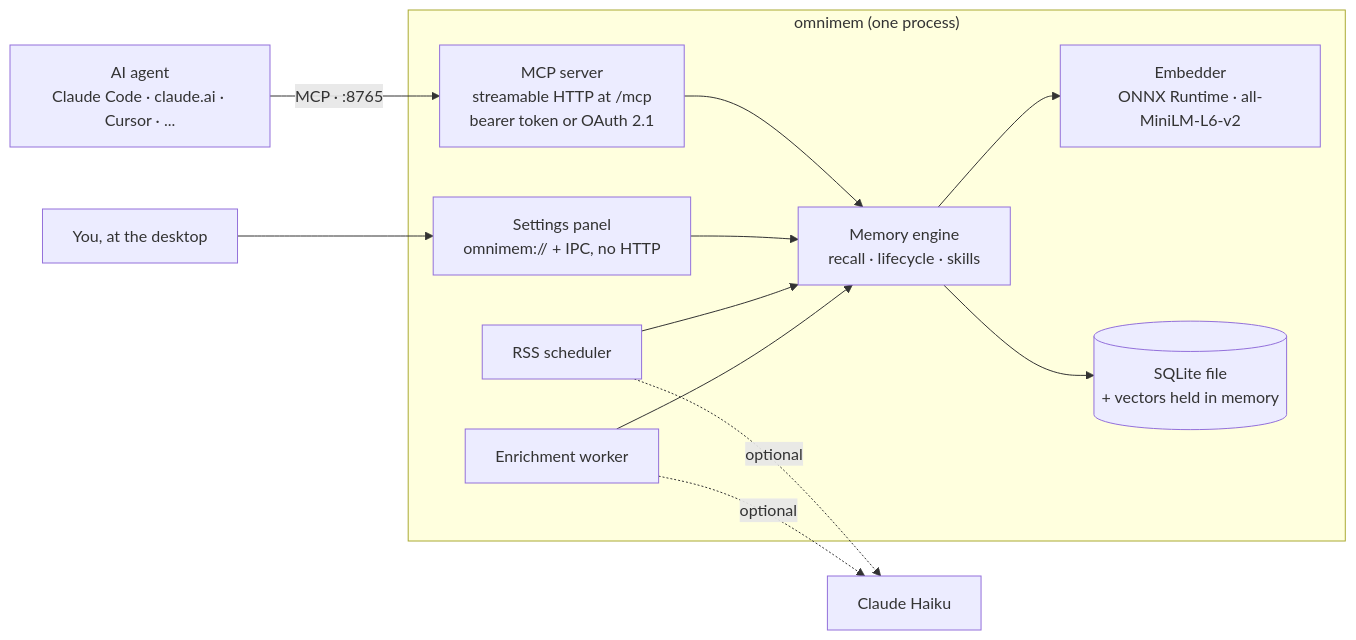
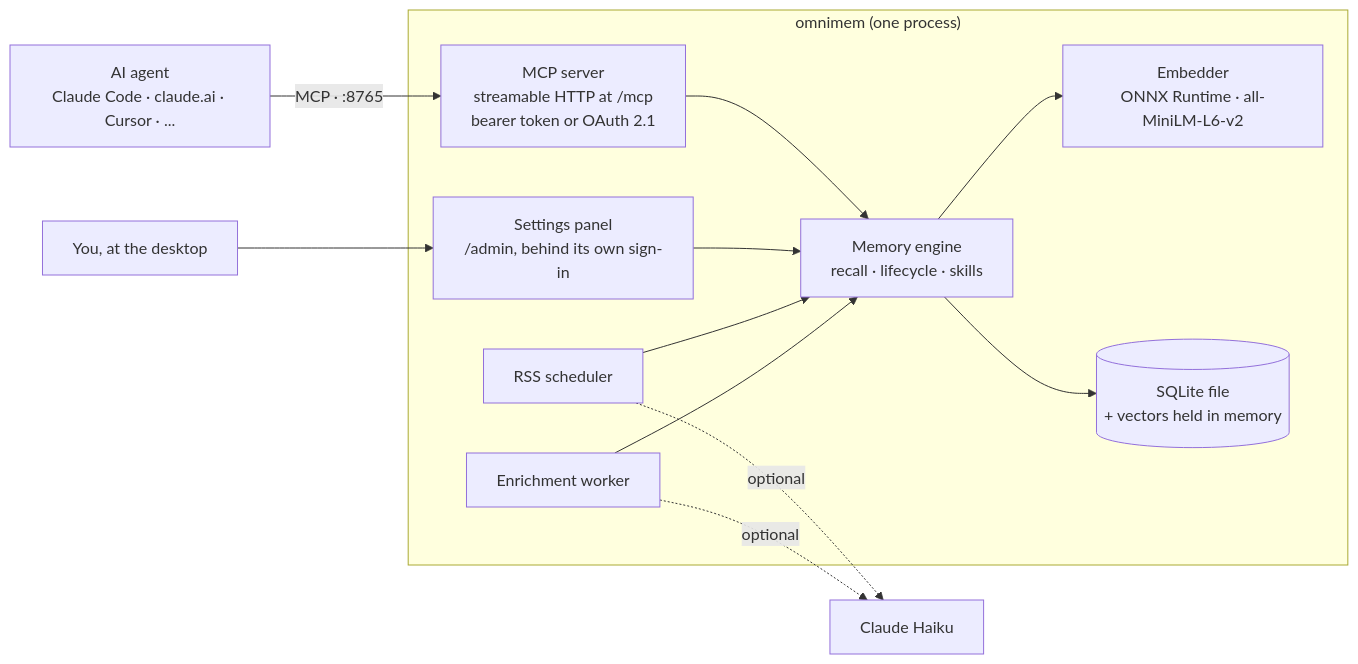
Before and after one commit to richarvey/OmniMem: the first of 2 diagrams in docs/architecture.md, drawn with Mermaid. The commit also changed other lines of this file and 120 other files, not shown here.

````diff
--- a/docs/architecture.md
+++ b/docs/architecture.md
@@ -7,26 +7,26 @@
 ```mermaid
 flowchart LR
     agent["AI agent<br/>Claude Code · claude.ai · Cursor · ..."]
     user["You, at the desktop"]
 
     subgraph omnimem["omnimem (one process)"]
         mcp["MCP server<br/>streamable HTTP at /mcp<br/>bearer token or OAuth 2.1"]
-        panel["Settings panel<br/>omnimem:// + IPC, no HTTP"]
+        panel["Settings panel<br/>/admin, behind its own sign-in"]
         rss["RSS scheduler"]
         enrich["Enrichment worker"]
         engine["Memory engine<br/>recall · lifecycle · skills"]
         embed["Embedder<br/>ONNX Runtime · all-MiniLM-L6-v2"]
         store[("SQLite file<br/>+ vectors held in memory")]
     end
 
     agent -- "MCP · :8765" --> mcp
     user --> panel
     mcp --> engine
     panel --> engine
     rss --> engine
     enrich --> engine
     engine --> embed
     engine --> store
     rss -. "optional" .-> haiku["Claude Haiku"]
     enrich -. "optional" .-> haiku
 ```
````
